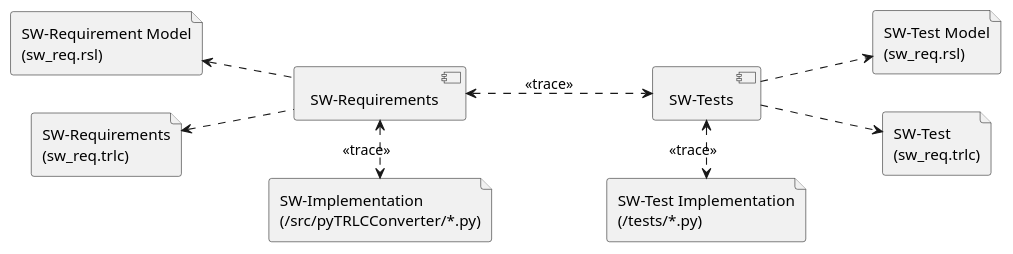
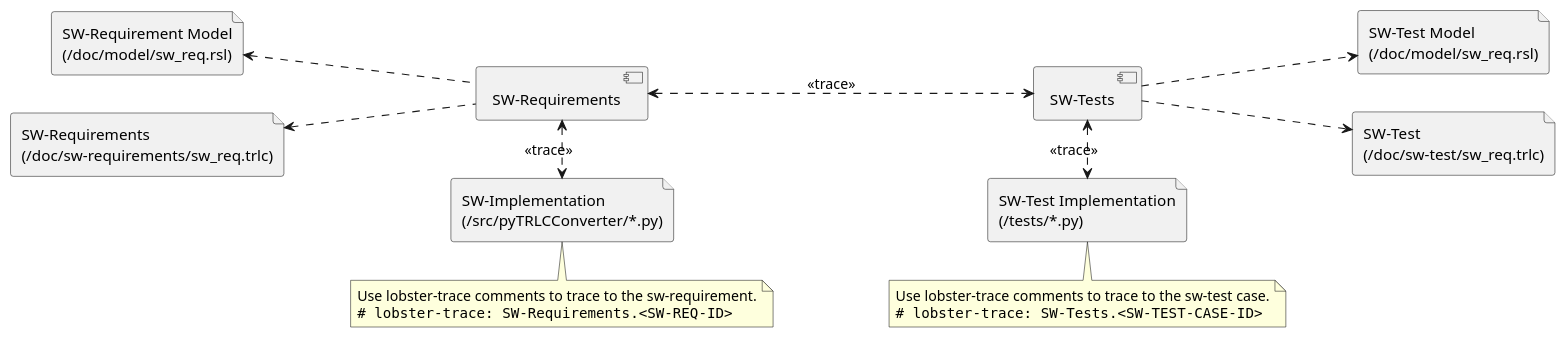
The diagram in doc/configuration/tracing.puml (nhjschulz/pyTRLCConverter), drawn with PlantUML before and after one commit. The commit also changed 2 other files, not shown here.

```diff
--- a/doc/configuration/tracing.puml
+++ b/doc/configuration/tracing.puml
@@ -1,26 +1,40 @@
 @startuml tracing
 
 left to right direction
 
 component "SW-Requirements" as swRequirements
 component "SW-Tests" as swTests
 file "SW-Implementation\n(/src/pyTRLCConverter/*.py)" as swImplementation
 file "SW-Test Implementation\n(/tests/*.py)" as swTestImplementation
 
-file "SW-Requirement Model\n(sw_req.rsl)" as swReqRsl
-file "SW-Requirements\n(sw_req.trlc)" as swReqTrlc
+file "SW-Requirement Model\n(/doc/model/sw_req.rsl)" as swReqRsl
+file "SW-Requirements\n(/doc/sw-requirements/sw_req.trlc)" as swReqTrlc
 
-file "SW-Test Model\n(sw_req.rsl)" as swTestRsl
-file "SW-Test\n(sw_req.trlc)" as swTestTrlc
+file "SW-Test Model\n(/doc/model/sw_req.rsl)" as swTestRsl
+file "SW-Test\n(/doc/sw-test/sw_req.trlc)" as swTestTrlc
 
 swReqRsl <.. swRequirements
 swReqTrlc <.. swRequirements
 
 swTests ..> swTestRsl
 swTests ..> swTestTrlc
 
 swRequirements <..> swTests: <<trace>>
 swRequirements <.> swImplementation: <<trace>>
 swTests <.> swTestImplementation: <<trace>>
 
+note bottom of swImplementation
+    Use lobster-trace comments to trace to the sw-requirement.
+    <code>
+    # lobster-trace: SW-Requirements.<SW-REQ-ID>
+    </code>
+end note
+
+note bottom of swTestImplementation
+    Use lobster-trace comments to trace to the sw-test case.
+    <code>
+    # lobster-trace: SW-Tests.<SW-TEST-CASE-ID>
+    </code>
+end note
+
 @enduml
```
